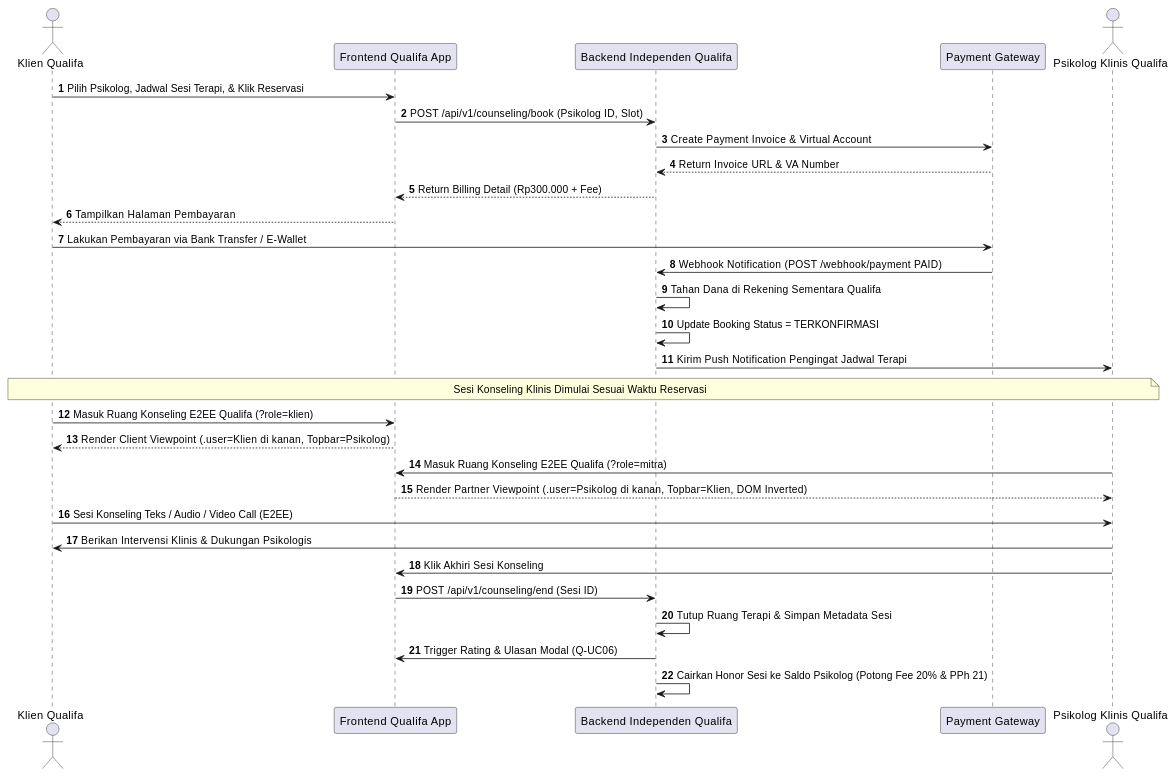
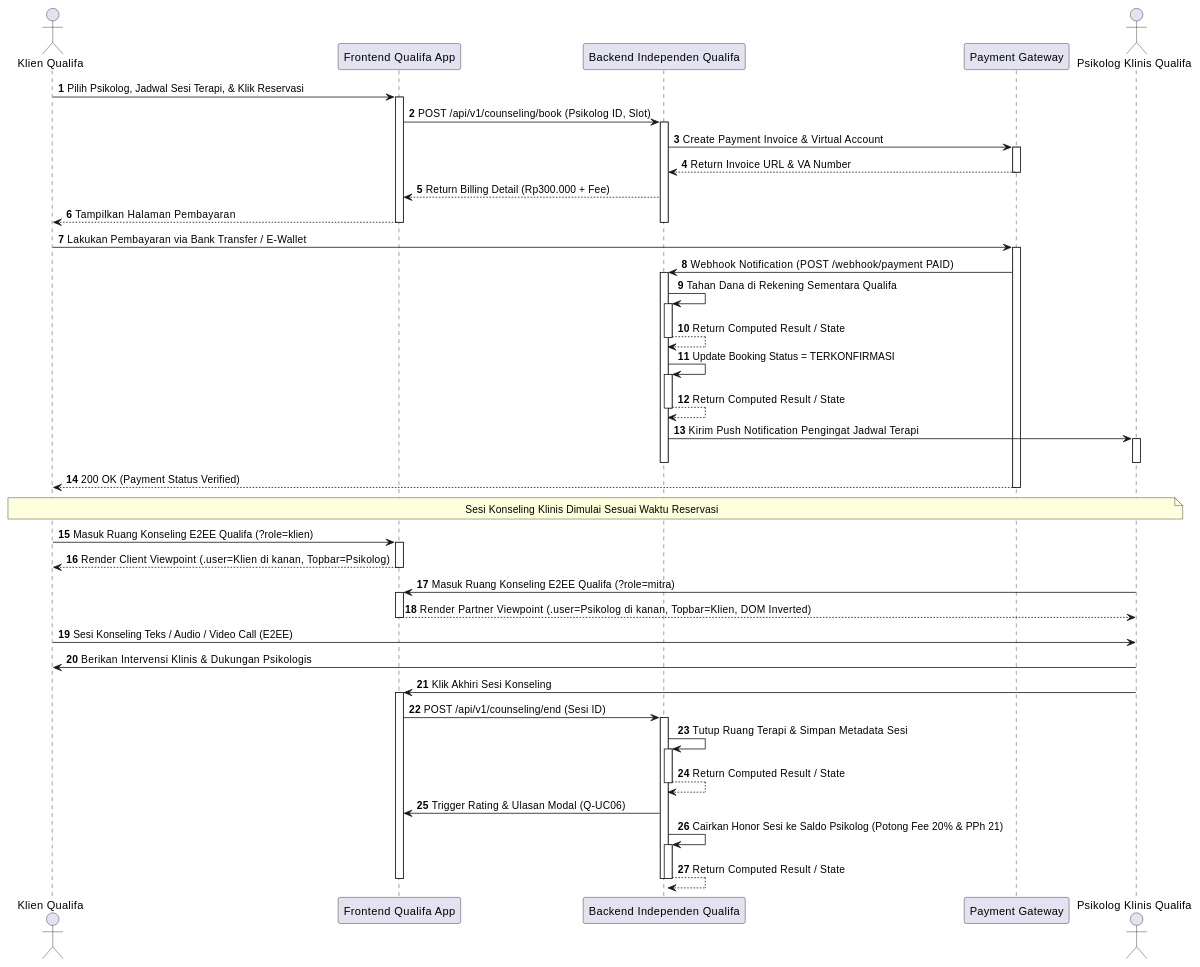
One commit to tupperwureism/SuperApp-Gagal changed diagram 18 of 27 in MarkDown/plantuml_sequence_diagrams.md. Above: the diagram before and after it, drawn with PlantUML. The commit also changed other lines of this file and 1 other file, not shown here.

Commit message:
docs(uml): enforce strict UML activation bars, API/DB return arrows, and alt security boundaries for SD Justifiqa & Qualifa

````diff
--- a/MarkDown/plantuml_sequence_diagrams.md
+++ b/MarkDown/plantuml_sequence_diagrams.md
@@ -472,37 +915,47 @@
 ```plantuml
 @startuml
 autonumber
 actor "Klien Qualifa" as Klien
 participant "Frontend Qualifa App" as FE
 participant "Backend Independen Qualifa" as BE
 participant "Payment Gateway" as PG
 actor "Psikolog Klinis Qualifa" as Mitra
 
-Klien -> FE : Pilih Psikolog, Jadwal Sesi Terapi, & Klik Reservasi
-FE -> BE : POST /api/v1/counseling/book (Psikolog ID, Slot)
-BE -> PG : Create Payment Invoice & Virtual Account
-PG --> BE : Return Invoice URL & VA Number
+Klien -> FE ++ : Pilih Psikolog, Jadwal Sesi Terapi, & Klik Reservasi
+FE -> BE ++ : POST /api/v1/counseling/book (Psikolog ID, Slot)
+BE -> PG ++ : Create Payment Invoice & Virtual Account
+PG --> BE -- : Return Invoice URL & VA Number
 BE --> FE : Return Billing Detail (Rp300.000 + Fee)
-FE --> Klien : Tampilkan Halaman Pembayaran
+FE --> Klien -- : Tampilkan Halaman Pembayaran
+deactivate BE
 
-Klien -> PG : Lakukan Pembayaran via Bank Transfer / E-Wallet
-PG -> BE : Webhook Notification (POST /webhook/payment PAID)
-BE -> BE : Tahan Dana di Rekening Sementara Qualifa
-BE -> BE : Update Booking Status = TERKONFIRMASI
-BE -> Mitra : Kirim Push Notification Pengingat Jadwal Terapi
+Klien -> PG ++ : Lakukan Pembayaran via Bank Transfer / E-Wallet
+PG -> BE ++ : Webhook Notification (POST /webhook/payment PAID)
+BE -> BE ++ : Tahan Dana di Rekening Sementara Qualifa
+BE --> BE -- : Return Computed Result / State
+BE -> BE ++ : Update Booking Status = TERKONFIRMASI
+BE --> BE -- : Return Computed Result / State
+BE -> Mitra ++ : Kirim Push Notification Pengingat Jadwal Terapi
+deactivate Mitra
+deactivate BE
+PG --> Klien -- : 200 OK (Payment Status Verified)
 
 note over Klien, Mitra : Sesi Konseling Klinis Dimulai Sesuai Waktu Reservasi
-Klien -> FE : Masuk Ruang Konseling E2EE Qualifa (?role=klien)
-FE --> Klien : Render Client Viewpoint (.user=Klien di kanan, Topbar=Psikolog)
-Mitra -> FE : Masuk Ruang Konseling E2EE Qualifa (?role=mitra)
-FE --> Mitra : Render Partner Viewpoint (.user=Psikolog di kanan, Topbar=Klien, DOM Inverted)
+Klien -> FE ++ : Masuk Ruang Konseling E2EE Qualifa (?role=klien)
+FE --> Klien -- : Render Client Viewpoint (.user=Klien di kanan, Topbar=Psikolog)
+Mitra -> FE ++ : Masuk Ruang Konseling E2EE Qualifa (?role=mitra)
+FE --> Mitra -- : Render Partner Viewpoint (.user=Psikolog di kanan, Topbar=Klien, DOM Inverted)
 Klien -> Mitra : Sesi Konseling Teks / Audio / Video Call (E2EE)
 Mitra -> Klien : Berikan Intervensi Klinis & Dukungan Psikologis
 
-Mitra -> FE : Klik Akhiri Sesi Konseling
-FE -> BE : POST /api/v1/counseling/end (Sesi ID)
-BE -> BE : Tutup Ruang Terapi & Simpan Metadata Sesi
+Mitra -> FE ++ : Klik Akhiri Sesi Konseling
+FE -> BE ++ : POST /api/v1/counseling/end (Sesi ID)
+BE -> BE ++ : Tutup Ruang Terapi & Simpan Metadata Sesi
+BE --> BE -- : Return Computed Result / State
 BE -> FE : Trigger Rating & Ulasan Modal (Q-UC06)
-BE -> BE : Cairkan Honor Sesi ke Saldo Psikolog (Potong Fee 20% & PPh 21)
+BE -> BE ++ : Cairkan Honor Sesi ke Saldo Psikolog (Potong Fee 20% & PPh 21)
+BE --> BE -- : Return Computed Result / State
+deactivate BE
+deactivate FE
 @enduml
 ```
````
